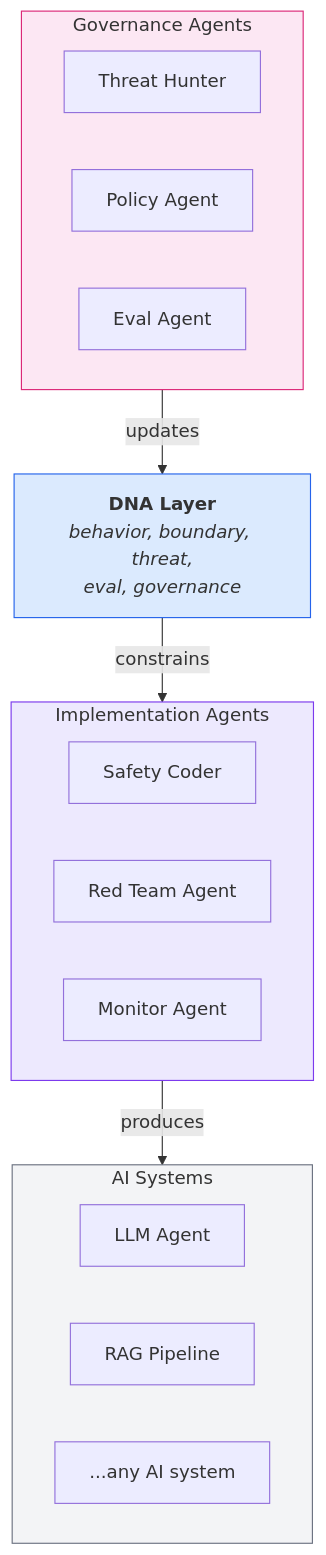
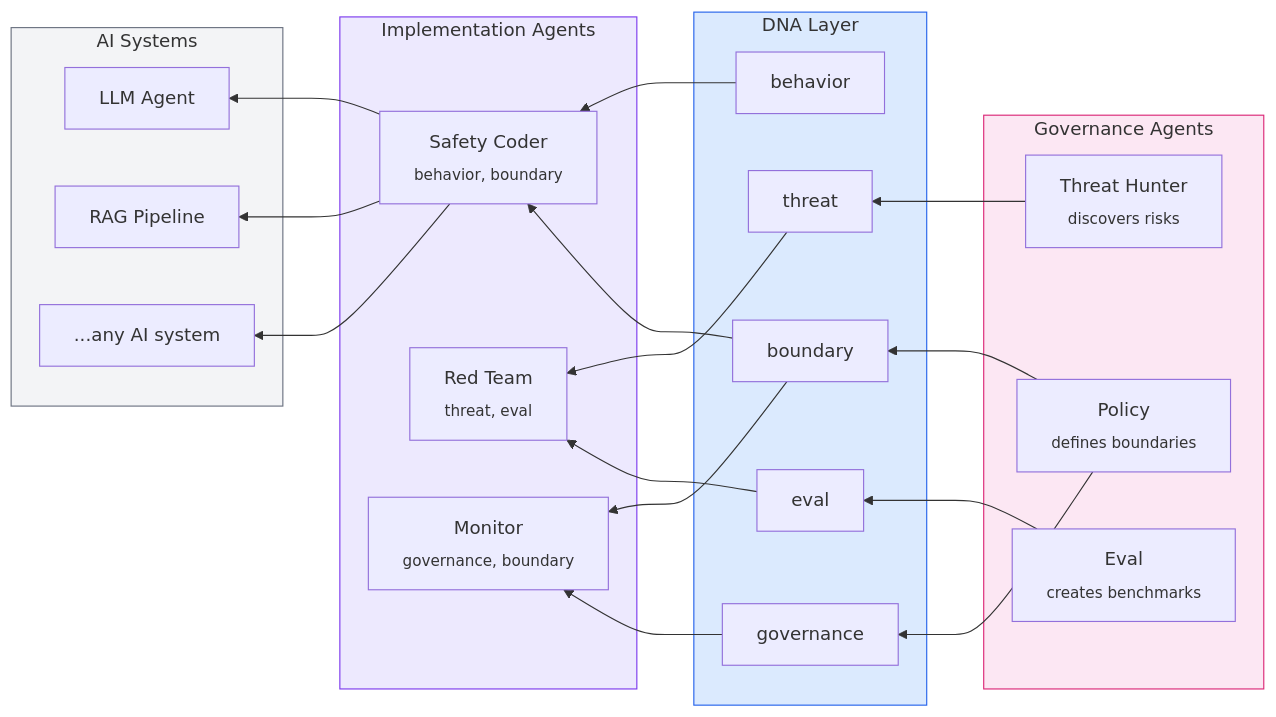
The second of 2 diagrams in README.md (panbanda/dna), drawn with Mermaid before and after one commit. The commit also changed other lines of this file and 5 other files, not shown here.

````diff
--- a/README.md
+++ b/README.md
@@ -99,31 +117,47 @@
 ```mermaid
-flowchart TB
-    subgraph discovery["Governance Agents"]
-        threat_hunter["Threat Hunter"]
-        policy["Policy Agent"]
-        eval_agent["Eval Agent"]
+flowchart RL
+    subgraph impl["AI Systems"]
+        llm["LLM Agent"]
+        rag["RAG Pipeline"]
+        any["...any AI system"]
     end
 
-    dna["<b>DNA Layer</b><br/><i>behavior, boundary, threat,<br/>eval, governance</i>"]
-
     subgraph coding["Implementation Agents"]
-        safety_coder["Safety Coder"]
-        red_team["Red Team Agent"]
-        monitor_agent["Monitor Agent"]
+        safety["Safety Coder<br/><sub>behavior, boundary</sub>"]
+        redteam["Red Team<br/><sub>threat, eval</sub>"]
+        monitor["Monitor<br/><sub>governance, boundary</sub>"]
     end
 
-    subgraph impl["AI Systems"]
-        impl1["LLM Agent"]
-        impl2["RAG Pipeline"]
-        impl3["...any AI system"]
+    subgraph dna["DNA Layer"]
+        behavior["behavior"]
+        boundary["boundary"]
+        threat["threat"]
+        eval["eval"]
+        governance["governance"]
     end
 
-    discovery -->|"updates"| dna
-    dna -->|"constrains"| coding
-    coding -->|"produces"| impl
+    subgraph discovery["Governance Agents"]
+        hunter["Threat Hunter<br/><sub>discovers risks</sub>"]
+        policy["Policy<br/><sub>defines boundaries</sub>"]
+        eval_agent["Eval<br/><sub>creates benchmarks</sub>"]
+    end
+
+    hunter --> threat
+    policy --> boundary
+    policy --> governance
+    eval_agent --> eval
+    behavior --> safety
+    boundary --> safety
+    boundary --> monitor
+    threat --> redteam
+    eval --> redteam
+    governance --> monitor
+    safety --> llm
+    safety --> rag
+    safety --> any
 
     style discovery fill:#fce7f3,stroke:#db2777
     style dna fill:#dbeafe,stroke:#2563eb
     style coding fill:#ede9fe,stroke:#7c3aed
     style impl fill:#f3f4f6,stroke:#6b7280
 ```
````
